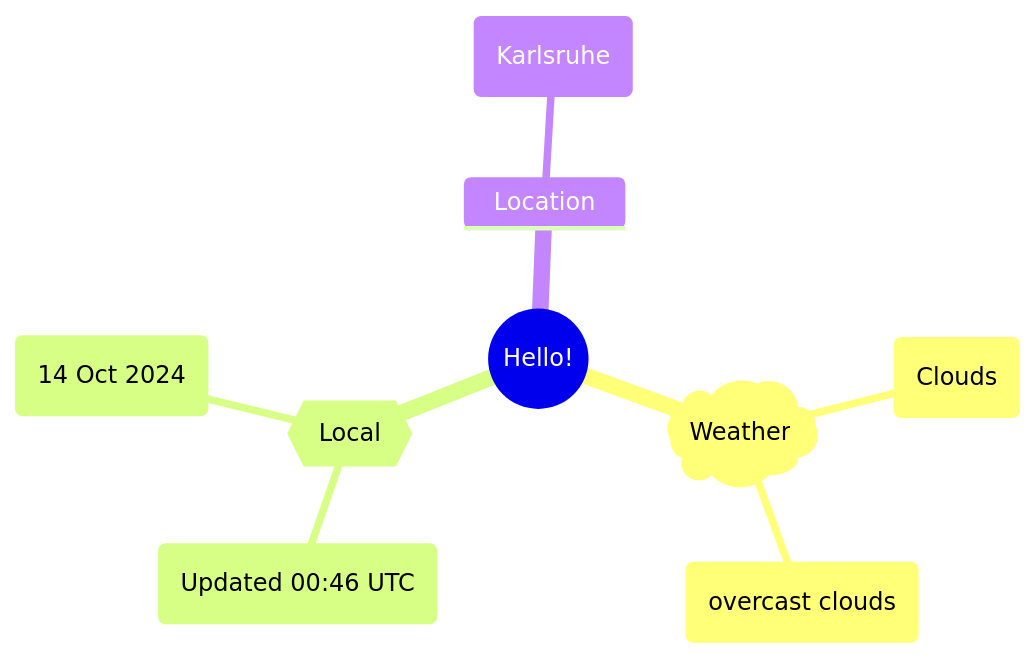
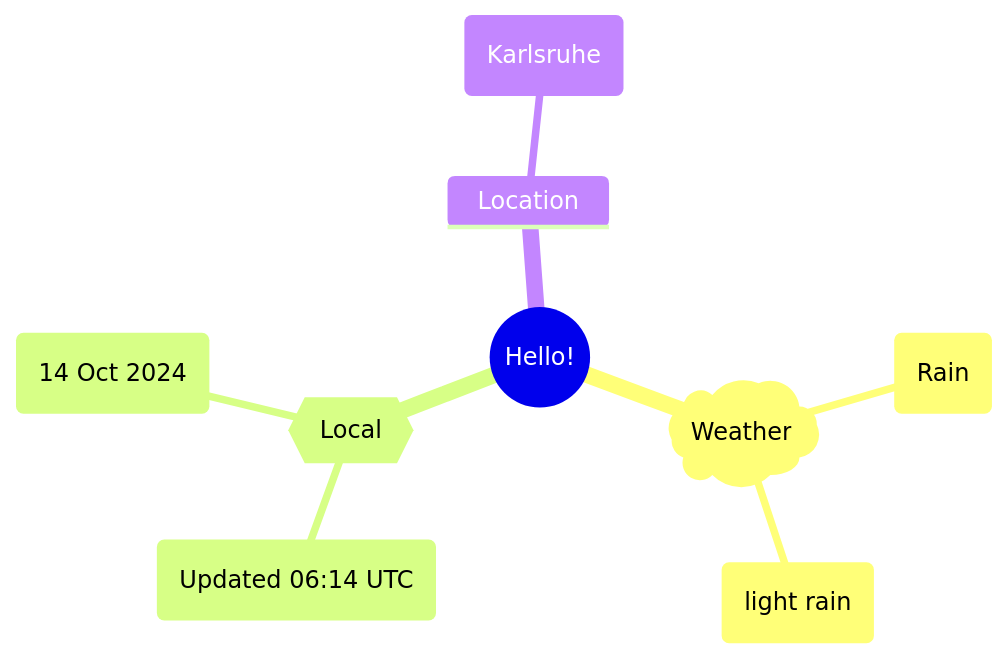
Before and after one commit to Xosrov/Xosrov: the first of 2 diagrams in README.md, drawn with Mermaid.

Commit message:
[bot] updated images

````diff
--- a/README.md
+++ b/README.md
@@ -3,12 +3,12 @@
 ```mermaid
 mindmap
   root((Hello!))
     )Weather(
-        (Clouds)
-        (overcast clouds)
+        (Rain)
+        (light rain)
     {{Local}}
-        (Updated 00:46 UTC)
+        (Updated 06:14 UTC)
         (14 Oct 2024)
     Location
         (Karlsruhe)
 ```
````
